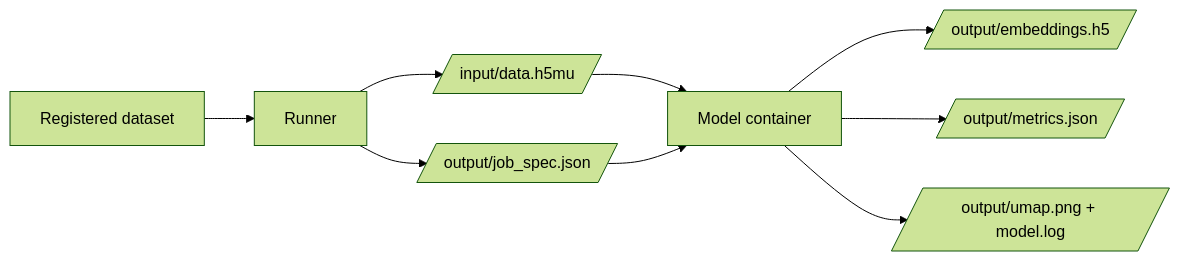
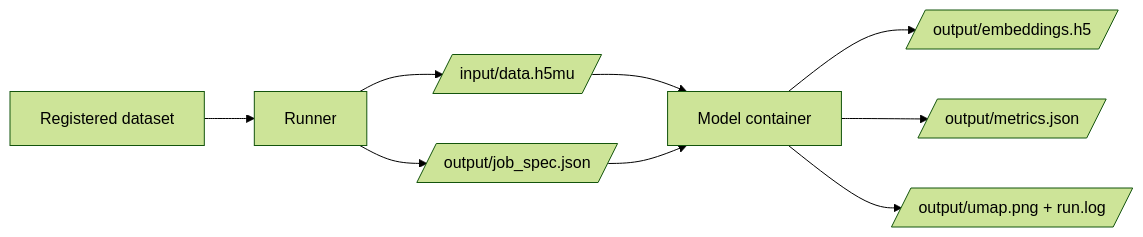
Before and after one commit to sifrimlab/multiverse: the diagram in docs/MODEL_CONTAINERS.md, drawn with Mermaid (forest theme). The commit also changed 40 other files, not shown here.

````diff
--- a/docs/MODEL_CONTAINERS.md
+++ b/docs/MODEL_CONTAINERS.md
@@ -12,11 +12,11 @@
 ```mermaid
 flowchart LR
     A[Registered dataset] --> B[Runner]
     B --> C[/input/data.h5mu/]
     B --> D[/output/job_spec.json/]
     C --> E[Model container]
     D --> E
     E --> F[/output/embeddings.h5/]
     E --> G[/output/metrics.json/]
-    E --> H[/output/umap.png + model.log/]
+    E --> H[/output/umap.png + run.log/]
 ```
````
